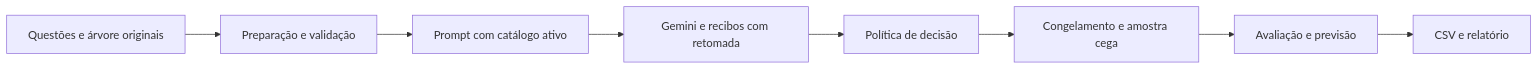
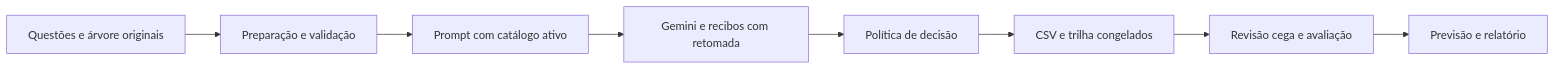
The diagram in README.md (JoaoRoberto1/case-vicio-ia-classificacao-topicos), drawn with Mermaid before and after one commit. The commit also changed other lines of this file and 19 other files, not shown here.

````diff
--- a/README.md
+++ b/README.md
@@ -58,10 +70,10 @@
 ```mermaid
 flowchart LR
     A[Questões e árvore originais] --> B[Preparação e validação]
     B --> C[Prompt com catálogo ativo]
     C --> D[Gemini e recibos com retomada]
     D --> E[Política de decisão]
-    E --> F[Congelamento e amostra cega]
-    F --> G[Avaliação e previsão]
-    G --> H[CSV e relatório]
+    E --> F[CSV e trilha congelados]
+    F --> G[Revisão cega e avaliação]
+    G --> H[Previsão e relatório]
 ```
````
